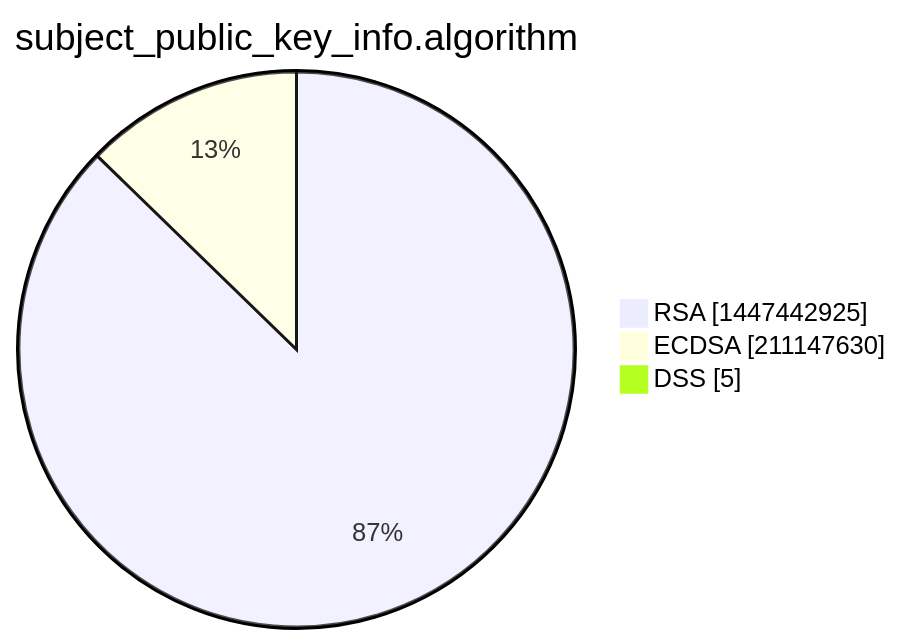
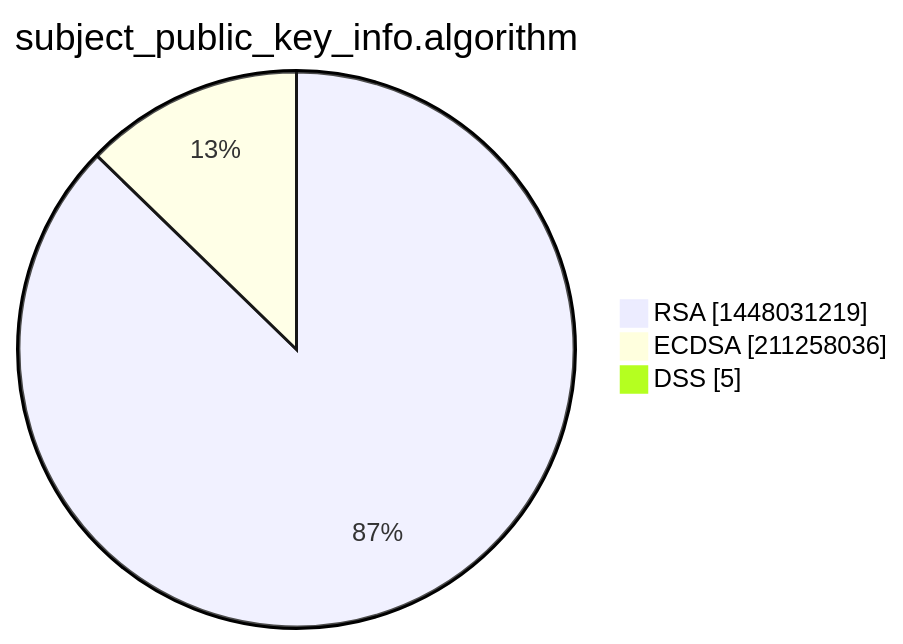
Before and after one commit to christiankrug/ctmonitor_visualization: the third of 15 diagrams in xenon2022/README.md, drawn with Mermaid. The commit also changed other lines of this file, not shown here.

````diff
--- a/xenon2022/README.md
+++ b/xenon2022/README.md
@@ -14,7 +14,7 @@
 ```mermaid
 pie showData
 title subject_public_key_info.algorithm
-"RSA" :1447442925
-"ECDSA" :211147630
+"RSA" :1448031219
+"ECDSA" :211258036
 "DSS" :5
 ```
````
